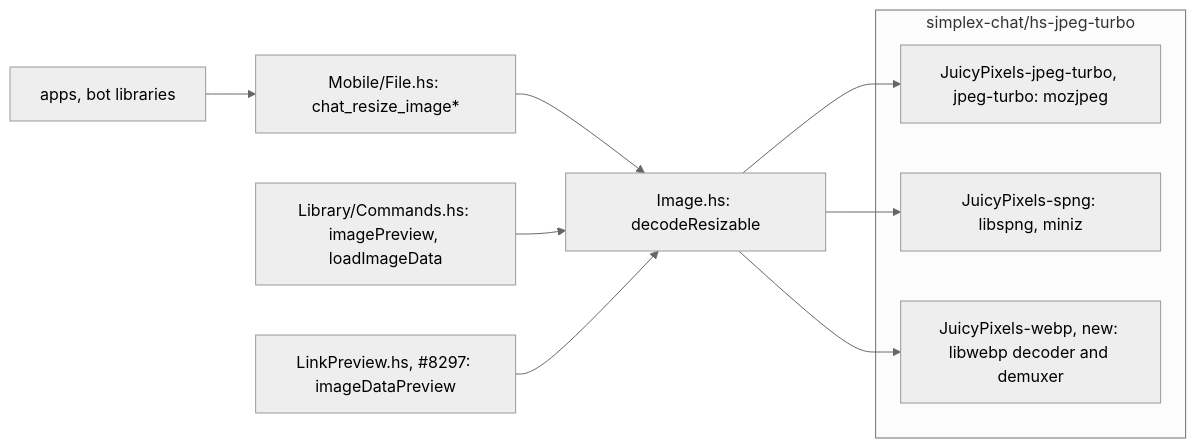
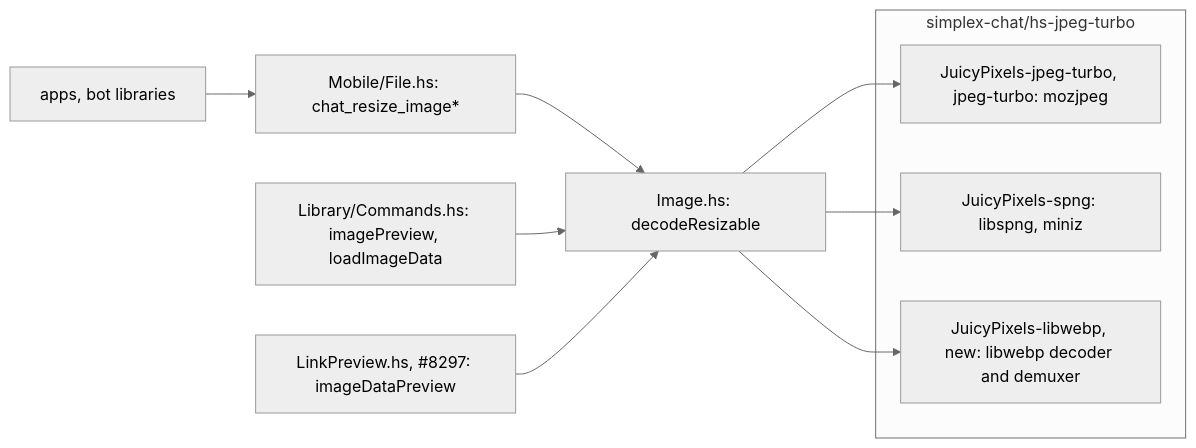
The second of 6 diagrams in plans/2026-11-22-core-webp-decoding.md (simplex-chat/simplex-chat), drawn with Mermaid (neutral theme) before and after one commit. The commit also changed other lines of this file, not shown here.

````diff
--- a/plans/2026-11-22-core-webp-decoding.md
+++ b/plans/2026-11-22-core-webp-decoding.md
@@ -174,15 +175,15 @@
 ```mermaid
 flowchart LR
   subgraph HJT["simplex-chat/hs-jpeg-turbo"]
     JT["JuicyPixels-jpeg-turbo, jpeg-turbo: mozjpeg"]
     SP["JuicyPixels-spng: libspng, miniz"]
-    WP["JuicyPixels-webp, new: libwebp decoder and demuxer"]
+    WP["JuicyPixels-libwebp, new: libwebp decoder and demuxer"]
   end
   IMG["Image.hs: decodeResizable"] --> JT
   IMG --> SP
   IMG --> WP
   MF["Mobile/File.hs: chat_resize_image*"] --> IMG
   CMD["Library/Commands.hs: imagePreview, loadImageData"] --> IMG
   LP["LinkPreview.hs, #8297: imageDataPreview"] --> IMG
   APPS["apps, bot libraries"] --> MF
 ```
````
